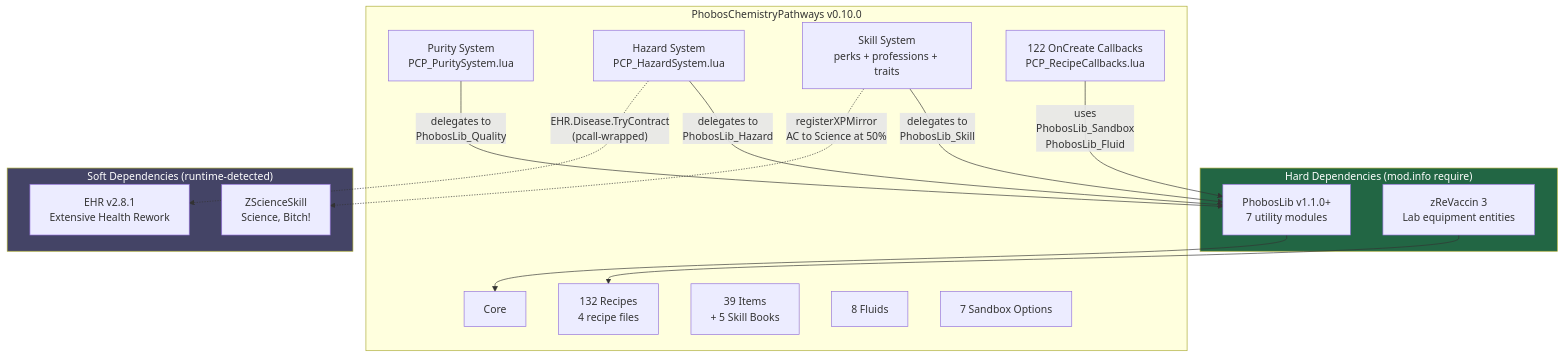
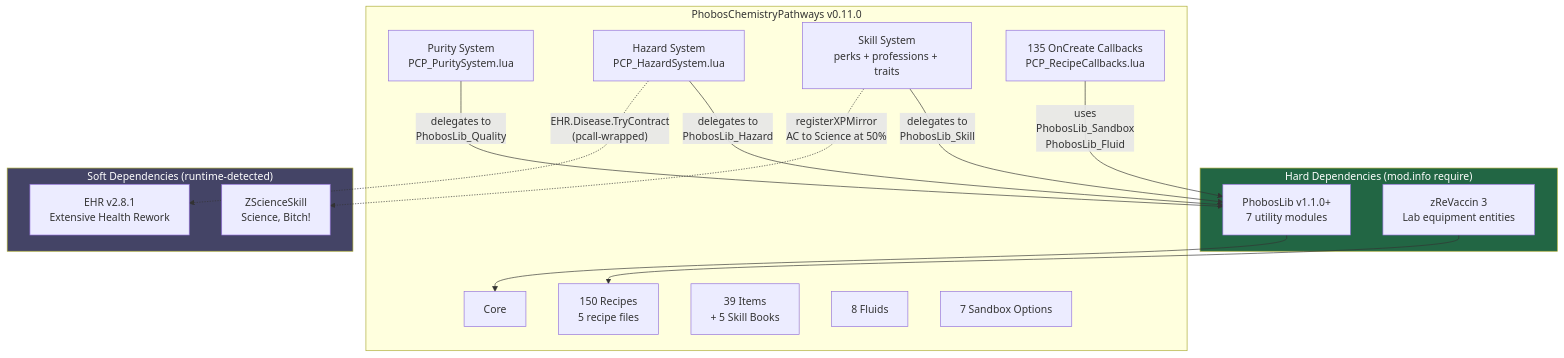
Before and after one commit to phobos-dthorga/mod-pz-chemistry-pathways: the first of 5 diagrams in docs/diagrams/architecture.md, drawn with Mermaid. The commit also changed other lines of this file and 5 other files, not shown here.

First line of the commit message:
docs: Update CHANGELOG and diagrams for v0.11.0

````diff
--- a/docs/diagrams/architecture.md
+++ b/docs/diagrams/architecture.md
@@ -7,38 +7,38 @@
 ```mermaid
 graph TB
     subgraph HARD["Hard Dependencies (mod.info require)"]
         PL["PhobosLib v1.1.0+<br/>7 utility modules"]
         ZR["zReVaccin 3<br/>Lab equipment entities"]
     end
 
-    subgraph PCP["PhobosChemistryPathways v0.10.0"]
+    subgraph PCP["PhobosChemistryPathways v0.11.0"]
         CORE["Core"]
-        REC["132 Recipes<br/>4 recipe files"]
+        REC["150 Recipes<br/>5 recipe files"]
         ITEMS["39 Items<br/>+ 5 Skill Books"]
         FLUIDS["8 Fluids"]
         SB["7 Sandbox Options"]
         PURITY["Purity System<br/>PCP_PuritySystem.lua"]
         HAZARD["Hazard System<br/>PCP_HazardSystem.lua"]
         SKILL["Skill System<br/>perks + professions + traits"]
-        CALLBACKS["122 OnCreate Callbacks<br/>PCP_RecipeCallbacks.lua"]
+        CALLBACKS["135 OnCreate Callbacks<br/>PCP_RecipeCallbacks.lua"]
     end
 
     subgraph SOFT["Soft Dependencies (runtime-detected)"]
         ZSS["ZScienceSkill<br/>Science, Bitch!"]
         EHR["EHR v2.8.1<br/>Extensive Health Rework"]
     end
 
     PL --> CORE
     ZR --> REC
 
     PURITY -->|"delegates to<br/>PhobosLib_Quality"| PL
     HAZARD -->|"delegates to<br/>PhobosLib_Hazard"| PL
     SKILL -->|"delegates to<br/>PhobosLib_Skill"| PL
     CALLBACKS -->|"uses<br/>PhobosLib_Sandbox<br/>PhobosLib_Fluid"| PL
 
     HAZARD -.->|"EHR.Disease.TryContract<br/>(pcall-wrapped)"| EHR
     SKILL -.->|"registerXPMirror<br/>AC to Science at 50%"| ZSS
 
     style HARD fill:#264,color:#fff
     style SOFT fill:#446,color:#fff
 ```
````
